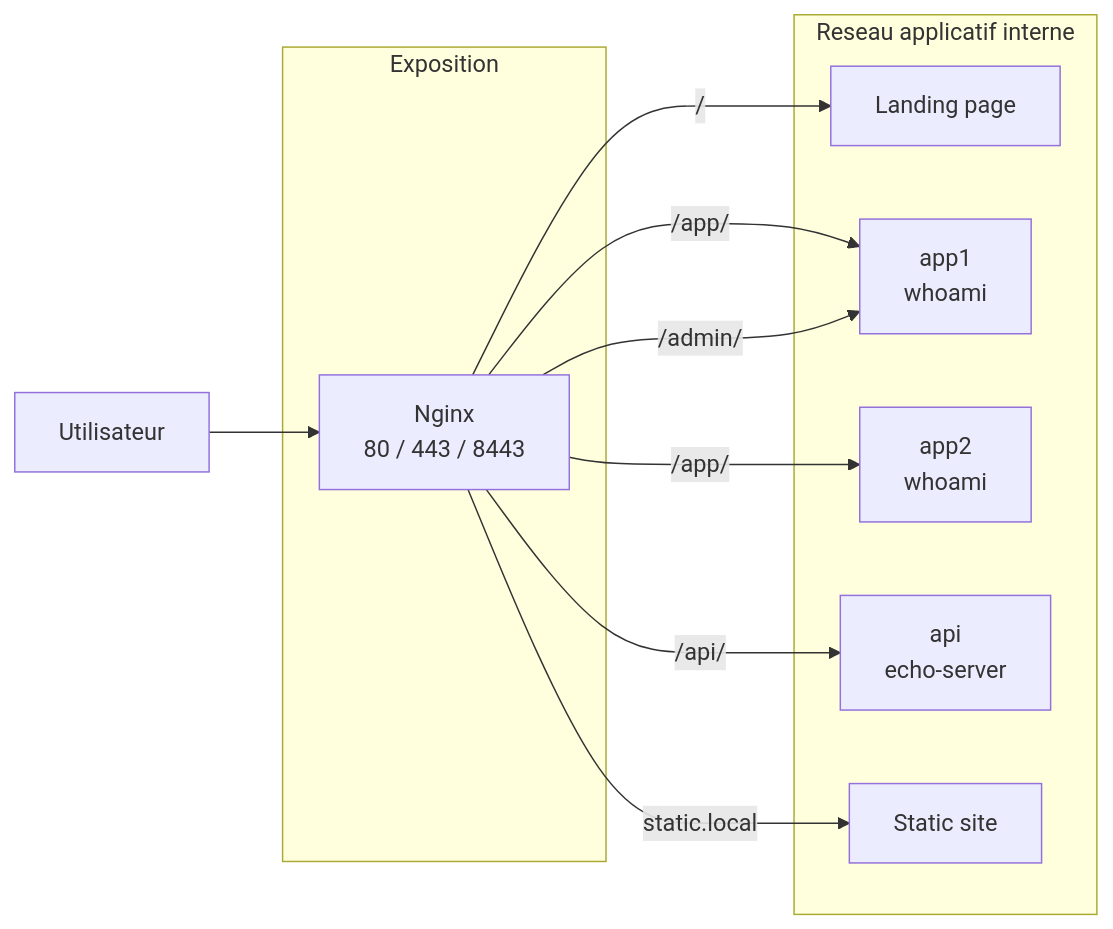
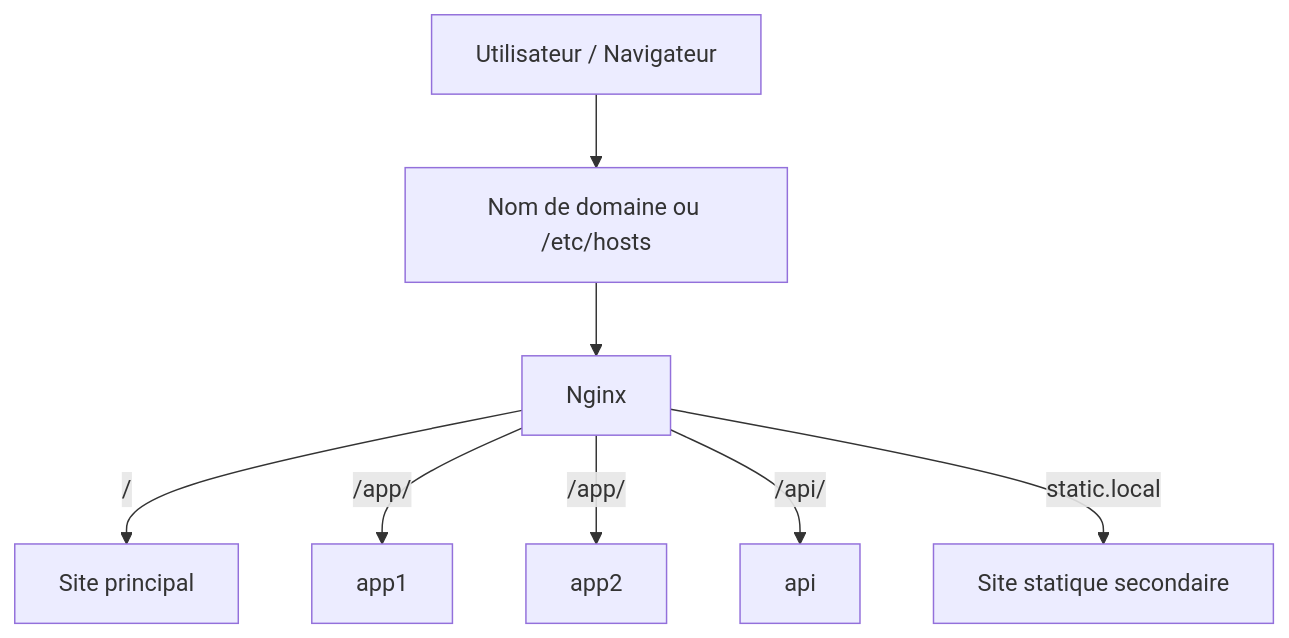
Before and after one commit to RobinThiriet/Nginx: the first of 2 diagrams in docs/ARCHITECTURE.md, drawn with Mermaid. The commit also changed other lines of this file and 1 other file, not shown here.

Commit message:
Improve Nginx reverse proxy documentation

````diff
--- a/docs/ARCHITECTURE.md
+++ b/docs/ARCHITECTURE.md
@@ -9,24 +11,19 @@
 ```mermaid
-flowchart LR
-    U[Utilisateur]
+flowchart TD
+    U[Utilisateur / Navigateur]
+    DNS[Nom de domaine ou /etc/hosts]
+    N[Nginx]
+    L[Site principal]
+    A1[app1]
+    A2[app2]
+    API[api]
+    S[Site statique secondaire]
 
-    subgraph EDGE[Exposition]
-      N[Nginx<br/>80 / 443 / 8443]
-    end
-
-    subgraph APP[Reseau applicatif interne]
-      LANDING[Landing page]
-      A1[app1<br/>whoami]
-      A2[app2<br/>whoami]
-      API[api<br/>echo-server]
-      STATIC[Static site]
-    end
-
-    U --> N
-    N -->|/| LANDING
+    U --> DNS
+    DNS --> N
+    N -->|/| L
     N -->|/app/| A1
     N -->|/app/| A2
     N -->|/api/| API
-    N -->|/admin/| A1
-    N -->|static.local| STATIC
+    N -->|static.local| S
 ```
````
